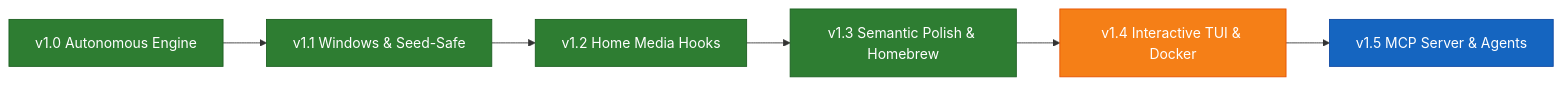
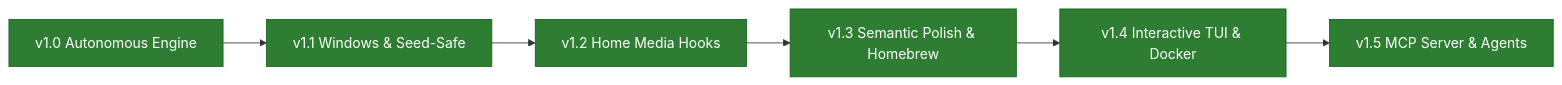
The diagram in ROADMAP.md (omerninyo/RightSub), drawn with Mermaid before and after one commit. The commit also changed other lines of this file and 89 other files, not shown here.

````diff
--- a/ROADMAP.md
+++ b/ROADMAP.md
@@ -15,16 +15,14 @@
 ```mermaid
 flowchart LR
     v10["v1.0 Autonomous Engine"] --> v11["v1.1 Windows & Seed-Safe"]
     v11 --> v12["v1.2 Home Media Hooks"]
     v12 --> v13["v1.3 Semantic Polish & Homebrew"]
     v13 --> v14["v1.4 Interactive TUI & Docker"]
     v14 --> v15["v1.5 MCP Server & Agents"]
 
     classDef done fill:#2e7d32,stroke:#1b5e20,color:#ffffff;
     classDef planned fill:#f57f17,stroke:#e65100,color:#ffffff;
     classDef horizon fill:#1565c0,stroke:#0d47a1,color:#ffffff;
 
-    class v10,v11,v12,v13 done;
-    class v14 planned;
-    class v15 horizon;
+    class v10,v11,v12,v13,v14,v15 done;
 ```
````
